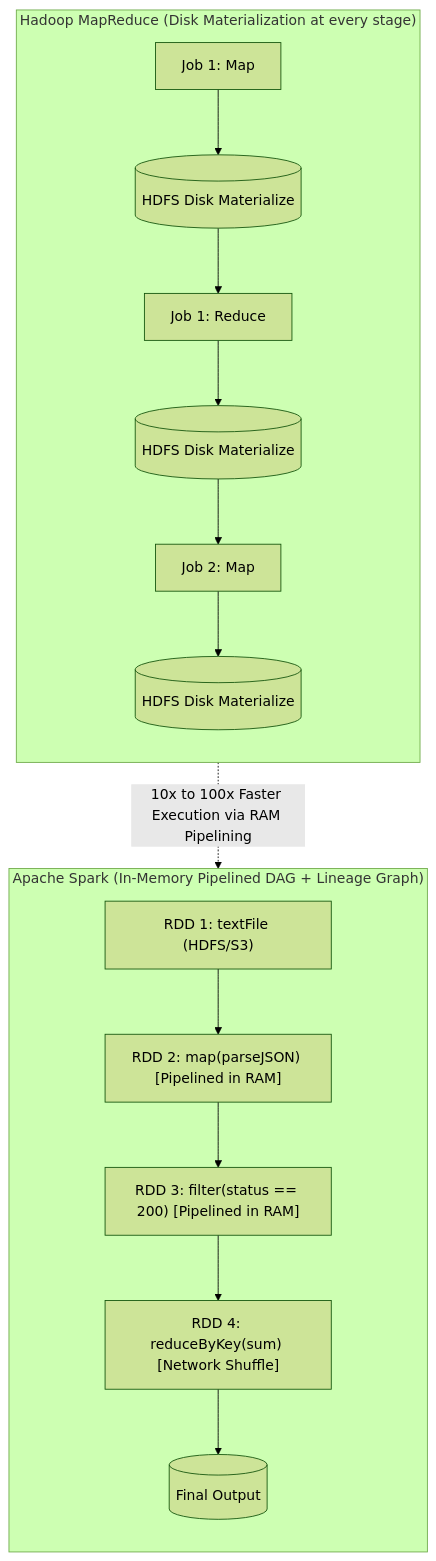
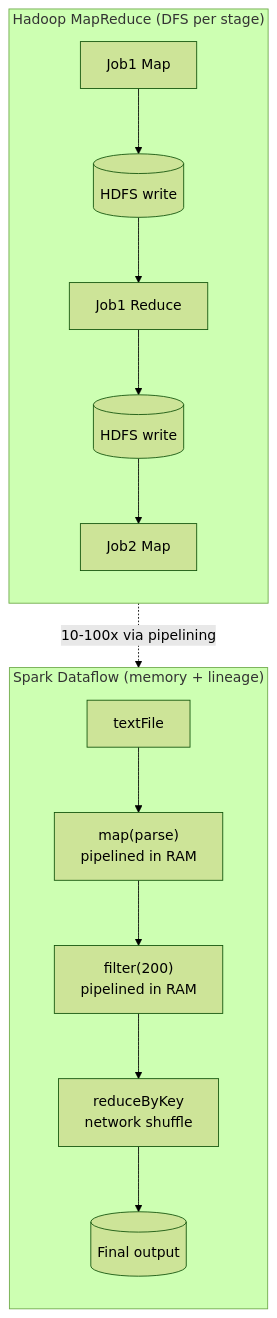
One commit to 1mimhe/books-summery changed the fourth of 4 diagrams in 01 Designing Data-Intensive Applications/chapter-11-batch-processing.md. Above: the diagram before and after it, drawn with Mermaid (forest theme). The commit also changed other lines of this file and 3 other files, not shown here.

````diff
--- a/01 Designing Data-Intensive Applications/chapter-11-batch-processing.md
+++ b/01 Designing Data-Intensive Applications/chapter-11-batch-processing.md
@@ -307,22 +333,17 @@
 ```mermaid
 flowchart TD
-  subgraph MR_PIPELINE["Hadoop MapReduce (Disk Materialization at every stage)"]
+  subgraph MR["Hadoop MapReduce (DFS per stage)"]
     direction TB
-    MR_M1["Job 1: Map"] --> MR_D1[("HDFS Disk Materialize")]
-    MR_D1 --> MR_R1["Job 1: Reduce"] --> MR_D2[("HDFS Disk Materialize")]
-    MR_D2 --> MR_M2["Job 2: Map"] --> MR_D3[("HDFS Disk Materialize")]
+    A1["Job1 Map"] --> D1[("HDFS write")]
+    D1 --> R1["Job1 Reduce"] --> D2[("HDFS write")]
+    D2 --> A2["Job2 Map"]
   end
-
-  subgraph SPARK_DAG["Apache Spark (In-Memory Pipelined DAG + Lineage Graph)"]
+  subgraph SP["Spark Dataflow (memory + lineage)"]
     direction TB
-    S_LOAD["RDD 1: textFile (HDFS/S3)"]
-    S_MAP["RDD 2: map(parseJSON) [Pipelined in RAM]"]
-    S_FILT["RDD 3: filter(status == 200) [Pipelined in RAM]"]
-    S_SHUF["RDD 4: reduceByKey(sum) [Network Shuffle]"]
-    S_OUT[("Final Output")]
-
-    S_LOAD --> S_MAP --> S_FILT --> S_SHUF --> S_OUT
+    L1["textFile"] --> M1["map(parse)<br/>pipelined in RAM"]
+    M1 --> F1["filter(200)<br/>pipelined in RAM"]
+    F1 --> SH["reduceByKey<br/>network shuffle"]
+    SH --> OUT[("Final output")]
   end
-
-  MR_PIPELINE -.->|"10x to 100x Faster Execution via RAM Pipelining"| SPARK_DAG
+  MR -.->|"10-100x via pipelining"| SP
 ```
````
